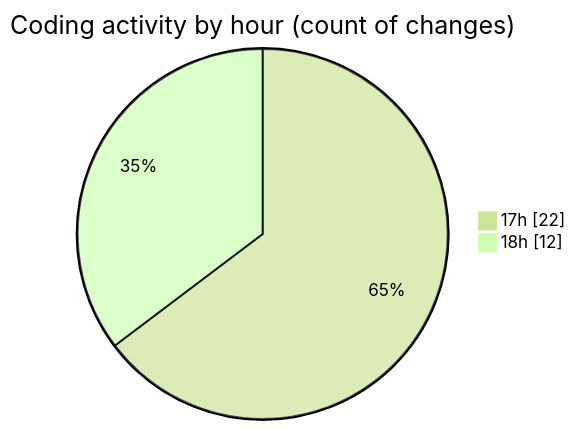
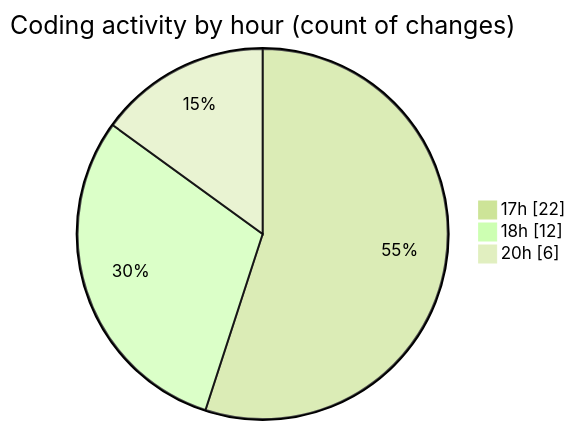
Before and after one commit to Netris89/code-tracking: the second of 2 diagrams in 2025-10-30/skintrack/README.md, drawn with Mermaid (forest theme). The commit also changed other lines of this file and 1 other file, not shown here.

````diff
--- a/2025-10-30/skintrack/README.md
+++ b/2025-10-30/skintrack/README.md
@@ -32,6 +33,7 @@
 ```mermaid
 pie showData
 title Coding activity by hour (count of changes)
 "17h" : 22
 "18h" : 12
+"20h" : 6
 ```
````
